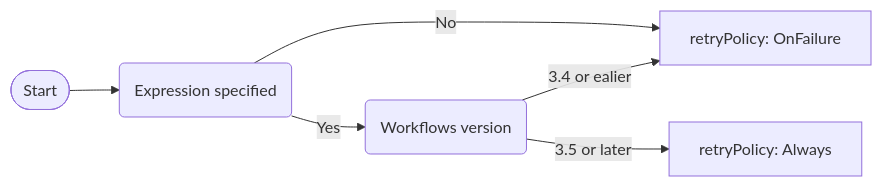
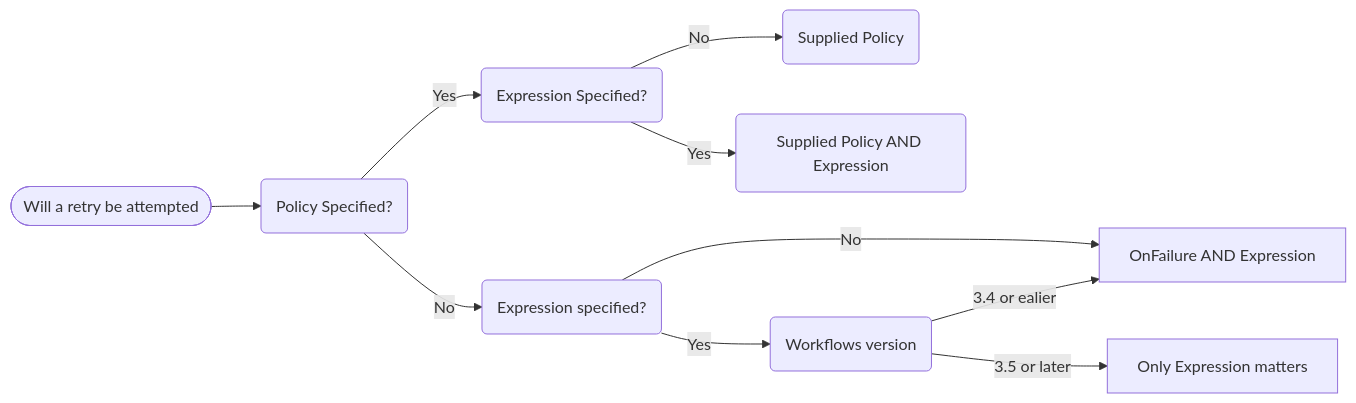
Before and after one commit to argoproj/argo-workflows: the diagram in docs/retries.md, drawn with Mermaid. The commit also changed other lines of this file and 2 other files, not shown here.

Commit message:
fix: Review feedback
Move actual logic into API layer where it can be used by anyone who
needs to understand retries.

````diff
--- a/docs/retries.md
+++ b/docs/retries.md
@@ -38,13 +40,22 @@
 ```mermaid
 flowchart LR
-  start([Start])
-  start --> expression
-  expression(Expression specified)
-  expression-->|No|onfailure
-  expression-->|Yes|version
-  onfailure[retryPolicy: OnFailure]
+  start([Will a retry be attempted])
+  start --> policy
+  policy(Policy Specified?)
+  policy-->|No|expressionNoPolicy
+  policy-->|Yes|policyGiven
+  policyGiven(Expression Specified?)
+  policyGiven-->|No|policyGivenApplies
+  policyGiven-->|Yes|policyAndExpression
+  policyGivenApplies(Supplied Policy)
+  policyAndExpression(Supplied Policy AND Expression)
+  expressionNoPolicy(Expression specified?)
+  expressionNoPolicy-->|No|onfailure
+  expressionNoPolicy-->|Yes|version
+  onfailure[OnFailure AND Expression]
   version(Workflows version)
   version-->|3.4 or ealier|onfailure
-  always[retryPolicy: Always]
+  always[Only Expression matters]
   version-->|3.5 or later|always
+
 ```
````
